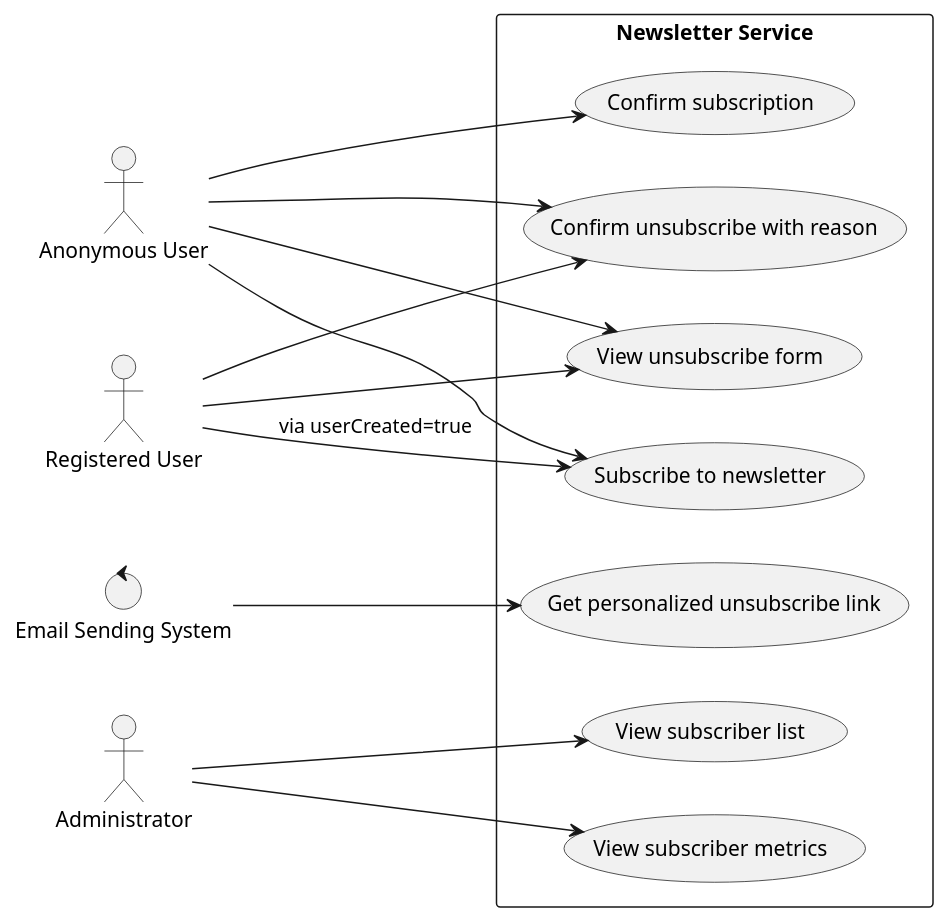
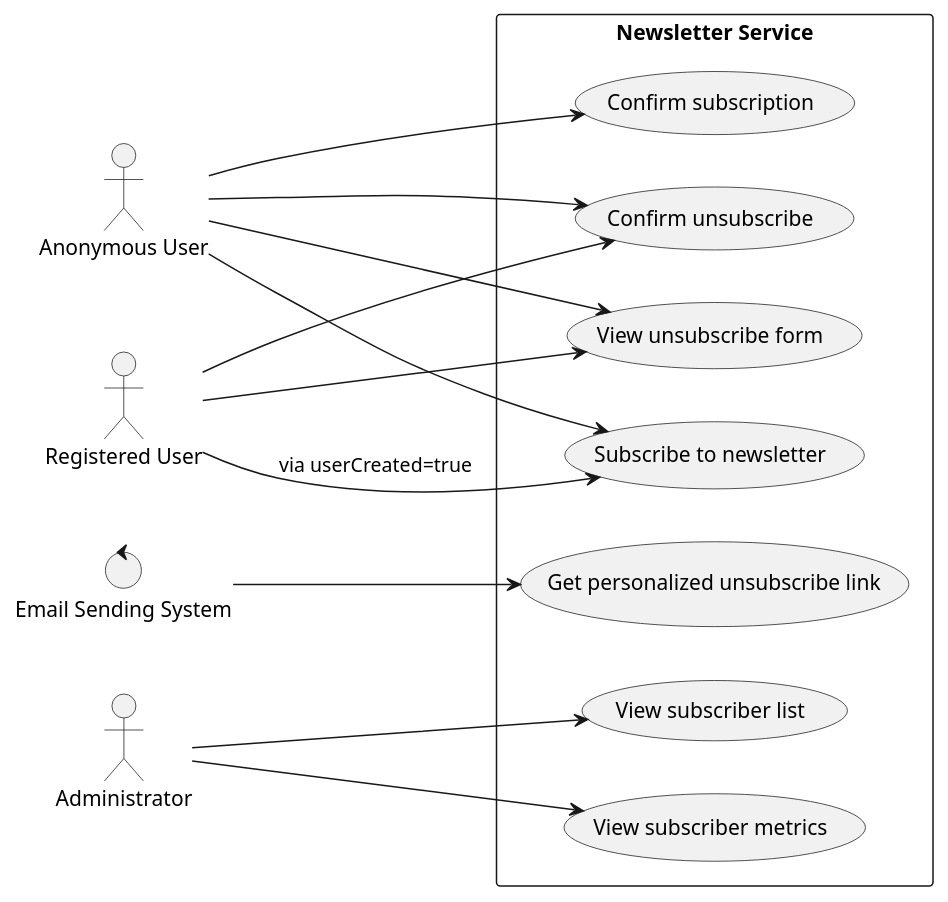
One commit to raullopezpenalva/Newsletter-Service changed the diagram in plantUML/use_case_diagram.puml. Above: the diagram before and after it, drawn with PlantUML. The commit also changed 21 other files, not shown here.

```diff
--- a/plantUML/use_case_diagram.puml
+++ b/plantUML/use_case_diagram.puml
@@ -1,35 +1,35 @@
 @startuml use_case_diagram
 left to right direction
 skinparam packageStyle rectangle
 
 actor "Anonymous User" as Anonymous
 actor "Registered User" as Registered
 control "Email Sending System" as EmailSystem
 actor "Administrator" as Admin
 
 package "Newsletter Service" {
     usecase "Subscribe to newsletter" as UC_Subscribe
     usecase "Confirm subscription" as UC_Verify
     usecase "View unsubscribe form" as UC_UnsubPage
-    usecase "Confirm unsubscribe with reason" as UC_UnsubConfirm
+    usecase "Confirm unsubscribe" as UC_UnsubConfirm
     usecase "Get personalized unsubscribe link" as UC_GenUnsubLink
     usecase "View subscriber list" as UC_ListSubscribers
     usecase "View subscriber metrics" as UC_Stats
 }
 
 ' Relationships
 Anonymous --> UC_Subscribe
 Anonymous --> UC_Verify
 Anonymous --> UC_UnsubPage
 Anonymous --> UC_UnsubConfirm
 
 Registered --> UC_Subscribe : via userCreated=true
 Registered --> UC_UnsubPage
 Registered --> UC_UnsubConfirm
 
 EmailSystem --> UC_GenUnsubLink
 
 Admin --> UC_ListSubscribers
 Admin --> UC_Stats
 
 @enduml
```
